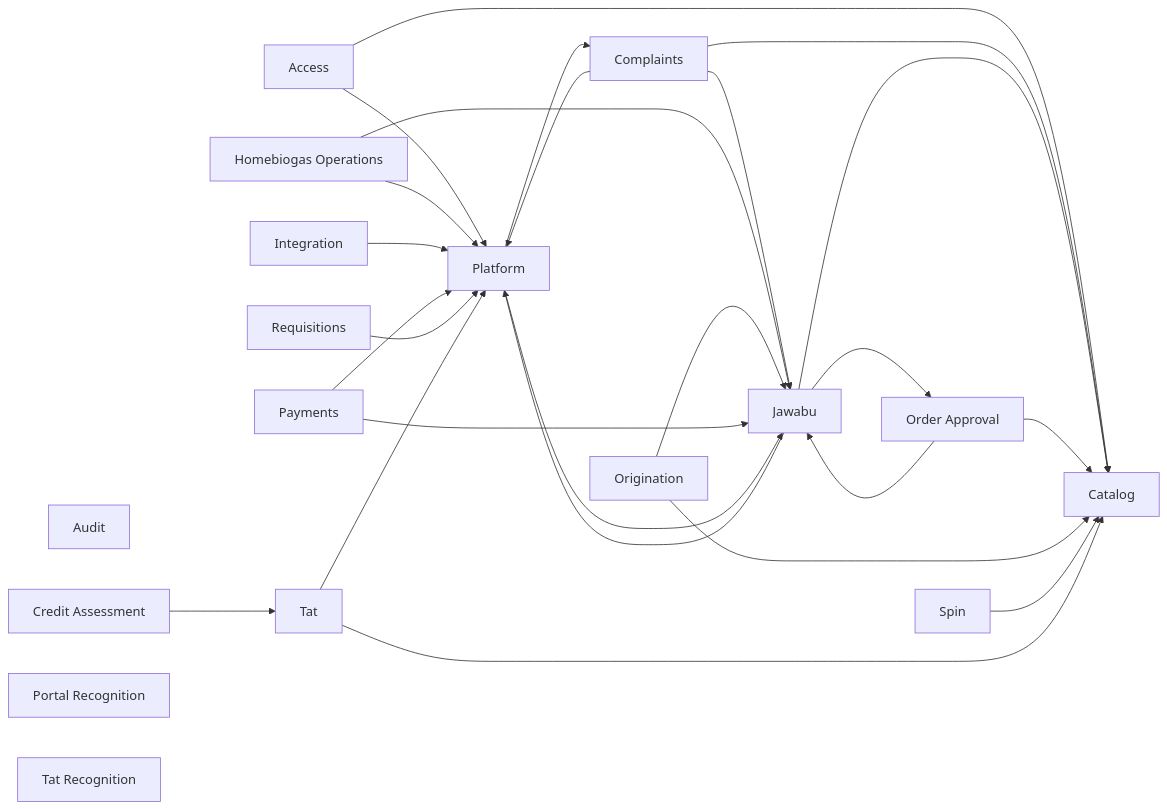
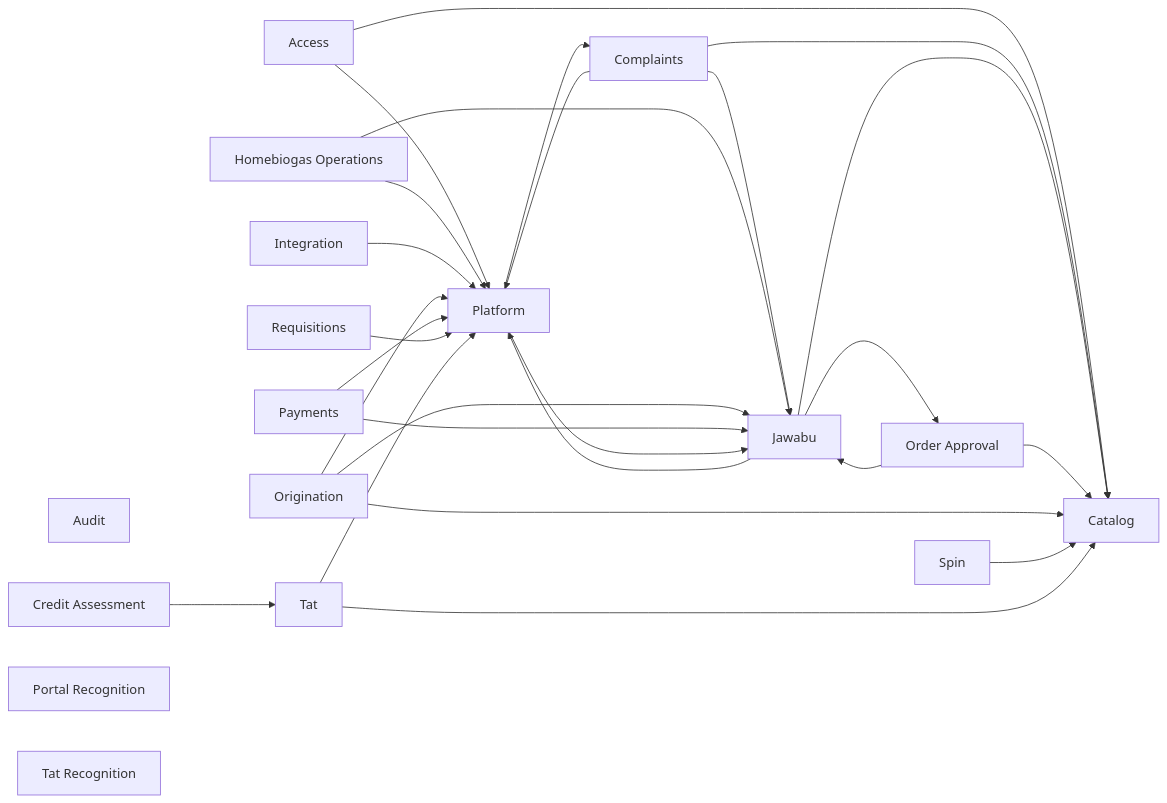
The diagram in docs/database/overview.mmd (bedanavrvm/HB-Biogas-Telegram-Bot), drawn with Mermaid before and after one commit. The commit also changed 197 other files, not shown here.

```diff
--- a/docs/database/overview.mmd
+++ b/docs/database/overview.mmd
@@ -1,42 +1,43 @@
 flowchart LR
   access["Access"]
   audit["Audit"]
   catalog["Catalog"]
   complaints["Complaints"]
   credit_assessment["Credit Assessment"]
   homebiogas_operations["Homebiogas Operations"]
   integration["Integration"]
   jawabu["Jawabu"]
   order_approval["Order Approval"]
   origination["Origination"]
   payments["Payments"]
   platform["Platform"]
   portal_recognition["Portal Recognition"]
   requisitions["Requisitions"]
   spin["Spin"]
   tat["Tat"]
   tat_recognition["Tat Recognition"]
   access --> catalog
   access --> platform
   complaints --> catalog
   complaints --> jawabu
   complaints --> platform
   credit_assessment --> tat
   homebiogas_operations --> jawabu
   homebiogas_operations --> platform
   integration --> platform
   jawabu --> catalog
   jawabu --> order_approval
   jawabu --> platform
   order_approval --> catalog
   order_approval --> jawabu
   origination --> catalog
   origination --> jawabu
+  origination --> platform
   payments --> jawabu
   payments --> platform
   platform --> complaints
   platform --> jawabu
   requisitions --> platform
   spin --> catalog
   tat --> catalog
   tat --> platform
```
